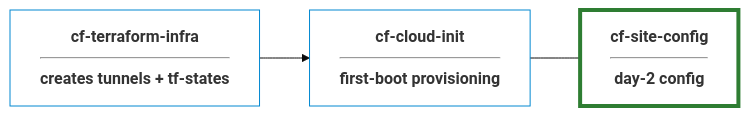
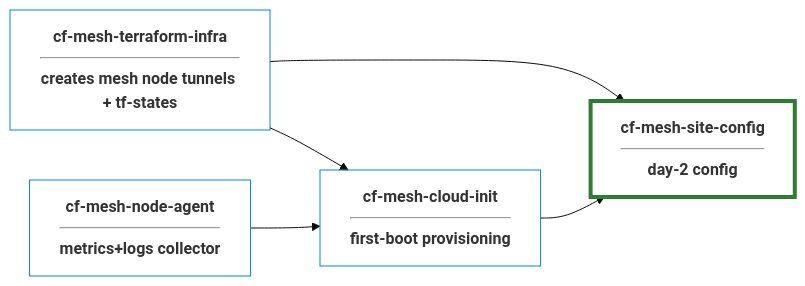
The diagram in README.md (prometejs/cf-mesh-site-config), drawn with Mermaid (base theme) before and after one commit. The commit also changed other lines of this file and 5 other files, not shown here.

````diff
--- a/README.md
+++ b/README.md
@@ -5,20 +5,24 @@
 ```mermaid
 graph LR
     %% Style definitions
     classDef default fill:transparent,stroke:#333,stroke-width:1px;
     classDef linkNode fill:transparent,stroke:#0288d1,stroke-width:1px,font-weight:bold;
     classDef activeLinkNodeClass fill:transparent,stroke:#2e7d32,stroke-width:4px,font-weight:bold;
 
     %% Diagram nodes
-    T["cf-terraform-infra<br/><hr/>creates tunnels + tf-states"]:::linkNode
-    C["cf-cloud-init<br/><hr/>first-boot provisioning"]:::linkNode
-    A["cf-site-config<br/><hr/>day-2 config"]:::activeLinkNodeClass
+    T["cf-mesh-terraform-infra<br/><hr/>creates mesh node tunnels + tf-states"]:::linkNode
+    C["cf-mesh-cloud-init<br/><hr/>first-boot provisioning"]:::linkNode
+    A["cf-mesh-site-config<br/><hr/>day-2 config"]:::activeLinkNodeClass
+    N["cf-mesh-node-agent<br/><hr/>metrics+logs collector"]:::linkNode
 
     %% Flow connections with text notes
     T --> C
-    C --- A
+    T --> A
+    C --> A
+    N --> C
 
     %% Clickable hyperlinks (Fixed with 'href')
-    click T href "https://github.com/prometejs/cf-terraform-infra" "Open Terraform Repo"
-    click C href "https://github.com/prometejs/cf-cloud-init" "Open Cloud-Init Repo"
+    click T href "https://github.com/prometejs/cf-mesh-terraform-infra" "Open Terraform Repo"
+    click A href "https://github.com/prometejs/cf-mesh-site-config" "Open Ansible Repo"
+    click N href "https://github.com/prometejs/cf-mesh-node-agent" "Node Agent Repo"
 ```
````
